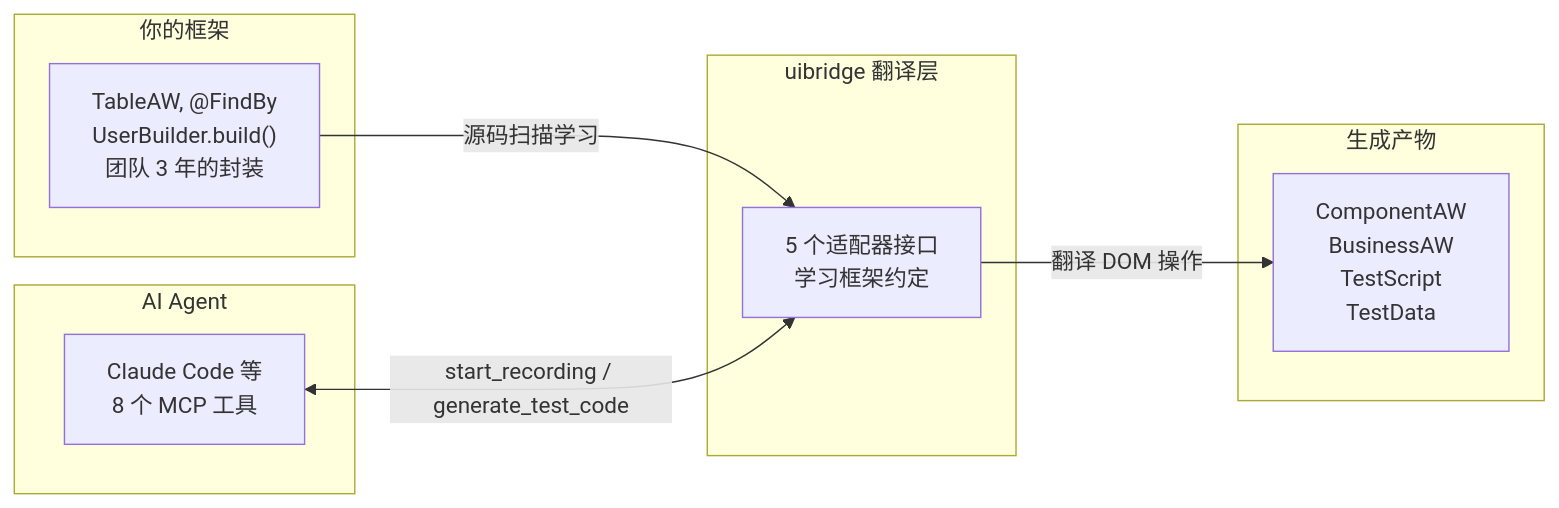
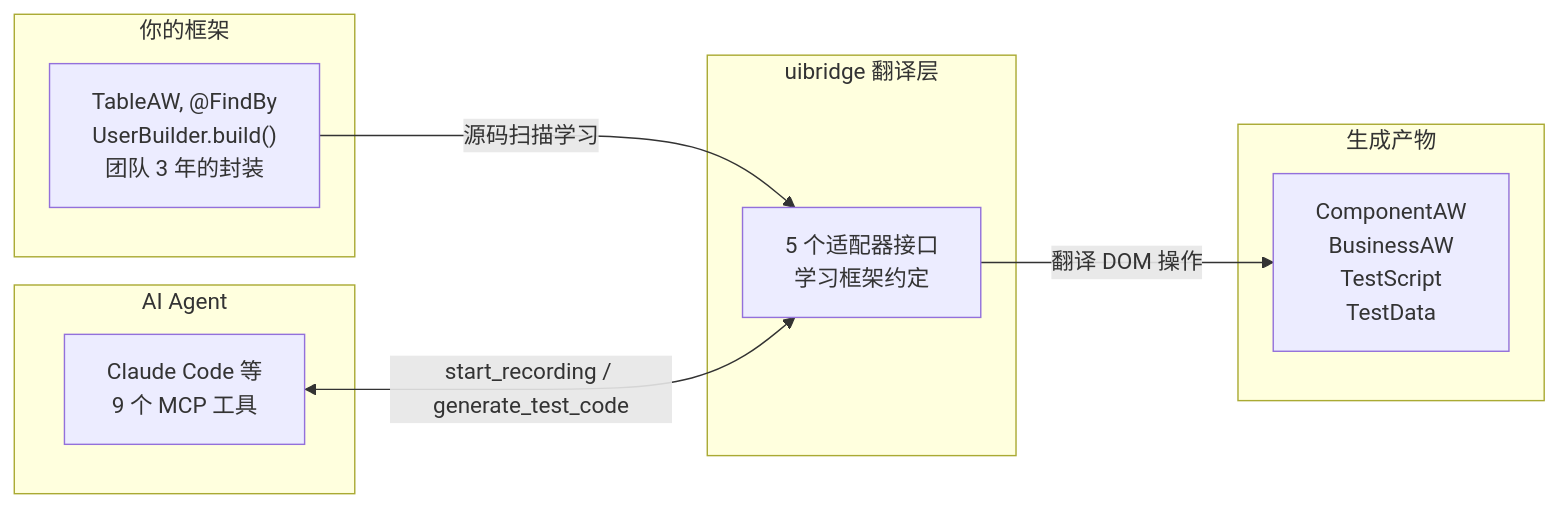
One commit to timgunnar/UIBridge changed the first of 4 diagrams in README.md. Above: the diagram before and after it, drawn with Mermaid. The commit also changed other lines of this file and 16 other files, not shown here.

````diff
--- a/README.md
+++ b/README.md
@@ -7,18 +7,18 @@
 ```mermaid
 graph LR
     subgraph A["你的框架"]
         FW["TableAW, @FindBy<br/>UserBuilder.build()<br/>团队 3 年的封装"]
     end
     subgraph B["uibridge 翻译层"]
         AD["5 个适配器接口<br/>学习框架约定"]
     end
     subgraph C["AI Agent"]
-        AI["Claude Code 等<br/>8 个 MCP 工具"]
+        AI["Claude Code 等<br/>9 个 MCP 工具"]
     end
     subgraph D["生成产物"]
         OUT["ComponentAW<br/>BusinessAW<br/>TestScript<br/>TestData"]
     end
     FW -->|"源码扫描学习"| AD
     AD -->|"翻译 DOM 操作"| OUT
     AI <-->|"start_recording / generate_test_code"| AD
 ```
````
